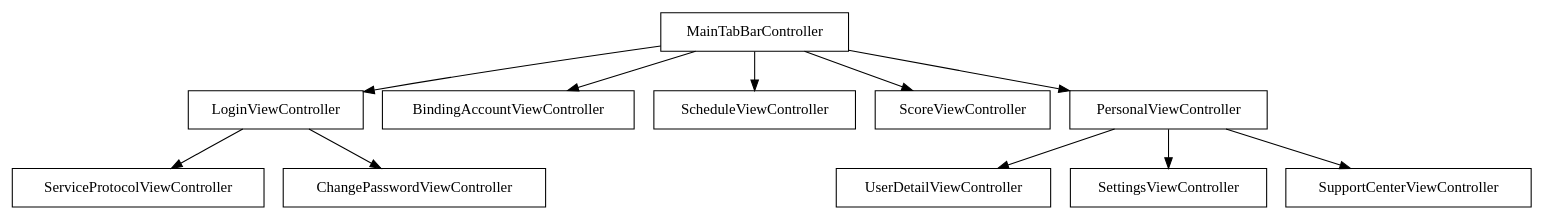
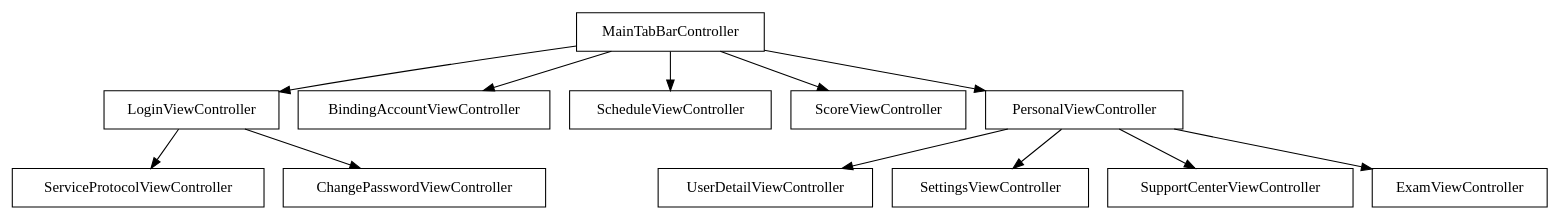
One commit to ty0x2333/XujcClient-iOS changed the diagram in Graphviz/ViewController.dot. Above: the diagram before and after it, drawn with Graphviz.

Commit message:
M Graphviz add ExamViewController

```diff
--- a/Graphviz/ViewController.dot
+++ b/Graphviz/ViewController.dot
@@ -1,15 +1,16 @@
 digraph ViewModel{
 	node[shape = record];
 
   MainTabBarController->LoginViewController->ServiceProtocolViewController;
 	LoginViewController->ChangePasswordViewController;
   MainTabBarController->BindingAccountViewController;
 
   MainTabBarController->ScheduleViewController;
   MainTabBarController->ScoreViewController;
   MainTabBarController->PersonalViewController;
 
 	PersonalViewController->UserDetailViewController;
   PersonalViewController->SettingsViewController;
   PersonalViewController->SupportCenterViewController
+	PersonalViewController->ExamViewController;
 }
```
